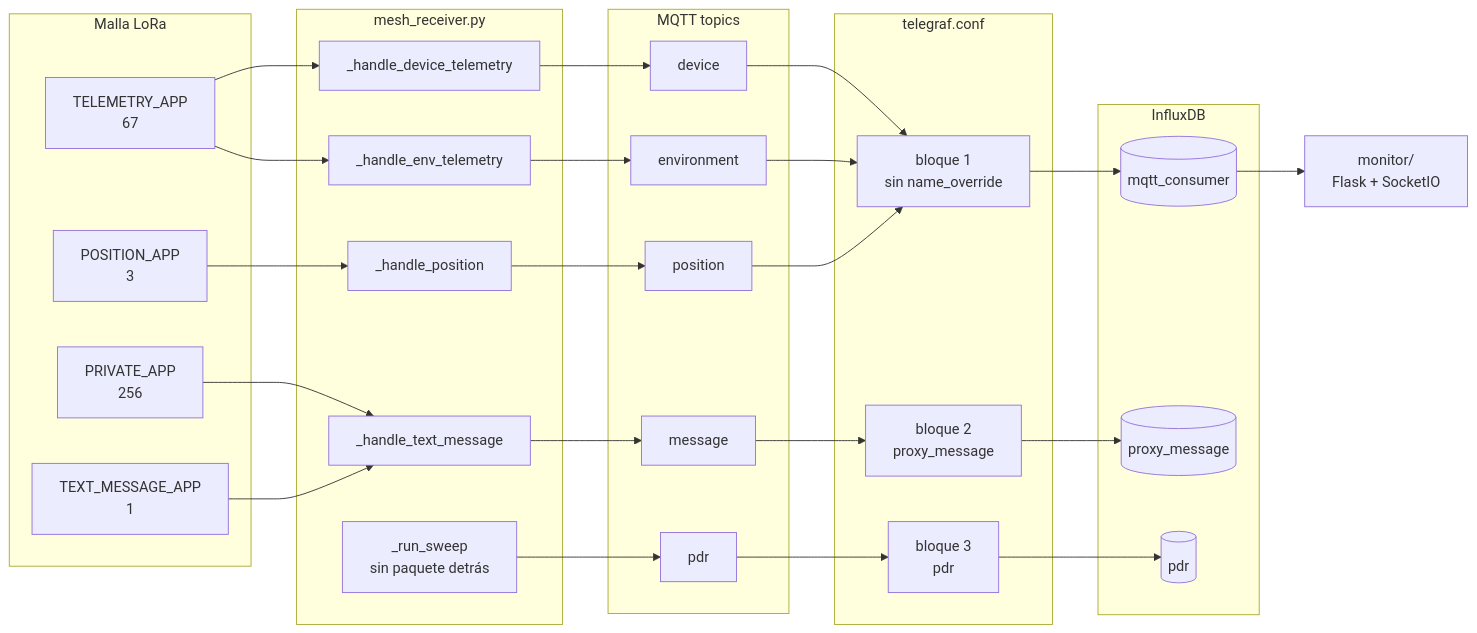
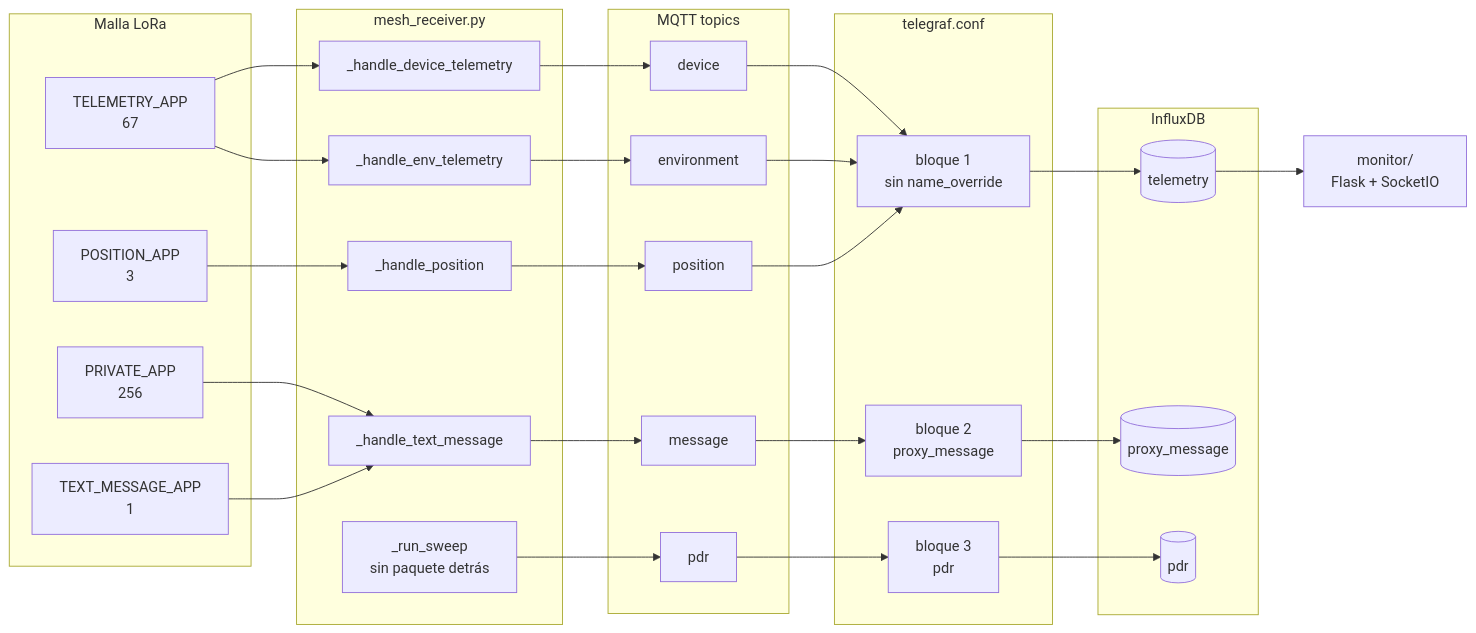
The first of 2 diagrams in docs/diagrams/database-ingestion-schema.md (OF306PUC/meshtastic-testbed-platform), drawn with Mermaid before and after one commit. The commit also changed other lines of this file and 8 other files, not shown here.

````diff
--- a/docs/diagrams/database-ingestion-schema.md
+++ b/docs/diagrams/database-ingestion-schema.md
@@ -14,62 +14,62 @@
 ```mermaid
 flowchart LR
     subgraph malla["Malla LoRa"]
         A1["TELEMETRY_APP<br/>67"]
         A2["POSITION_APP<br/>3"]
         A3["PRIVATE_APP<br/>256"]
         A4["TEXT_MESSAGE_APP<br/>1"]
     end
 
     subgraph recv["mesh_receiver.py"]
         H1["_handle_device_telemetry"]
         H2["_handle_env_telemetry"]
         H3["_handle_position"]
         H4["_handle_text_message"]
         H5["_run_sweep<br/>sin paquete detrás"]
     end
 
     subgraph topics["MQTT topics"]
         T1["device"]
         T2["environment"]
         T3["position"]
         T4["message"]
         T5["pdr"]
     end
 
     subgraph tg["telegraf.conf"]
         B1["bloque 1<br/>sin name_override"]
         B2["bloque 2<br/>proxy_message"]
         B3["bloque 3<br/>pdr"]
     end
 
     subgraph db["InfluxDB"]
-        M1[("mqtt_consumer")]
+        M1[("telemetry")]
         M2[("proxy_message")]
         M3[("pdr")]
     end
 
     MON["monitor/<br/>Flask + SocketIO"]
 
     A1 --> H1
     A1 --> H2
     A2 --> H3
     A3 --> H4
     A4 --> H4
 
     H1 --> T1
     H2 --> T2
     H3 --> T3
     H4 --> T4
     H5 --> T5
 
     T1 --> B1
     T2 --> B1
     T3 --> B1
     T4 --> B2
     T5 --> B3
 
     B1 --> M1
     B2 --> M2
     B3 --> M3
     M1 --> MON
 ```
````
